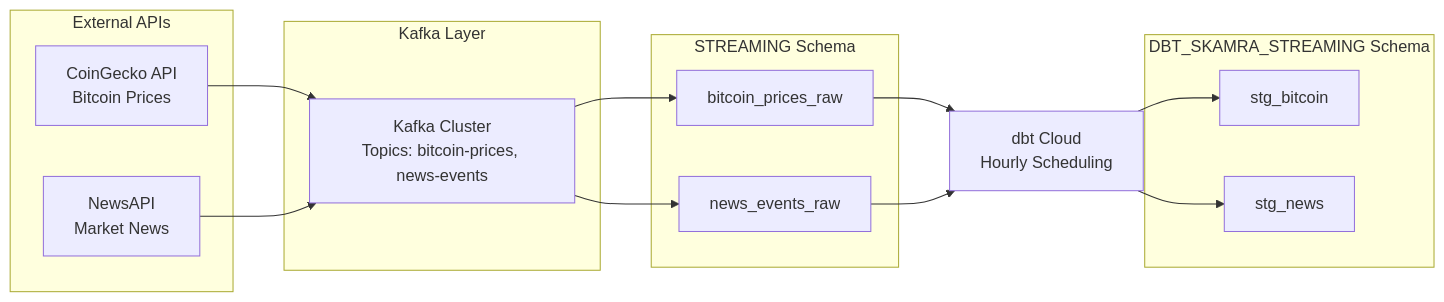
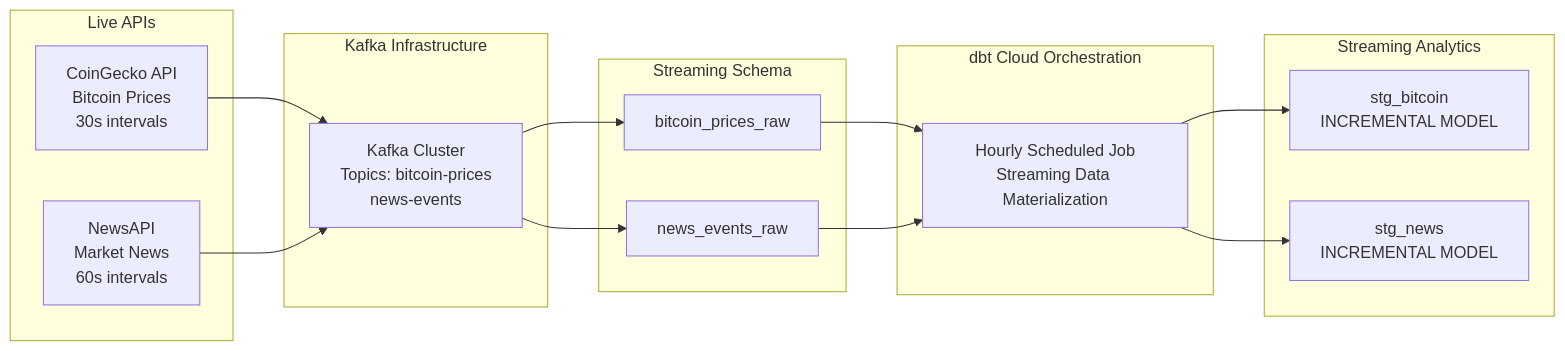
The second of 3 diagrams in README.md (sumitkamra20/marketing-insight-pipeline), drawn with Mermaid before and after one commit. The commit also changed other lines of this file and 1 other file, not shown here.

````diff
--- a/README.md
+++ b/README.md
@@ -82,32 +73,34 @@
 ```mermaid
 graph LR
-    subgraph "External APIs"
-        API1[CoinGecko API<br/>Bitcoin Prices]
-        API2[NewsAPI<br/>Market News]
+    subgraph "Live APIs"
+        API1[CoinGecko API<br/>Bitcoin Prices<br/>30s intervals]
+        API2[NewsAPI<br/>Market News<br/>60s intervals]
     end
 
-    subgraph "Kafka Layer"
-        KAFKA[Kafka Cluster<br/>Topics: bitcoin-prices, news-events]
+    subgraph "Kafka Infrastructure"
+        KAFKA[Kafka Cluster<br/>Topics: bitcoin-prices<br/>news-events]
     end
 
-    subgraph "STREAMING Schema"
+    subgraph "Streaming Schema"
         BTC_RAW[bitcoin_prices_raw]
         NEWS_RAW[news_events_raw]
     end
 
-    SCHED1[dbt Cloud<br/>Hourly Scheduling]
+    subgraph "dbt Cloud Orchestration"
+        SCHED[Hourly Scheduled Job<br/>Streaming Data Materialization]
+    end
 
-    subgraph "DBT_SKAMRA_STREAMING Schema"
-        STG_BTC[stg_bitcoin]
-        STG_NEWS[stg_news]
+    subgraph "Streaming Analytics"
+        STG_BTC[stg_bitcoin<br/>INCREMENTAL MODEL]
+        STG_NEWS[stg_news<br/>INCREMENTAL MODEL]
     end
 
     API1 --> KAFKA
     API2 --> KAFKA
     KAFKA --> BTC_RAW
     KAFKA --> NEWS_RAW
-    BTC_RAW --> SCHED1
-    NEWS_RAW --> SCHED1
-    SCHED1 --> STG_BTC
-    SCHED1 --> STG_NEWS
+    BTC_RAW --> SCHED
+    NEWS_RAW --> SCHED
+    SCHED --> STG_BTC
+    SCHED --> STG_NEWS
 ```
````
